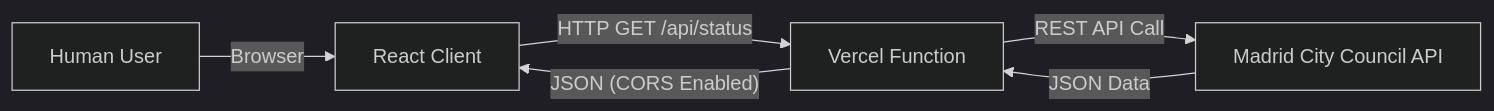
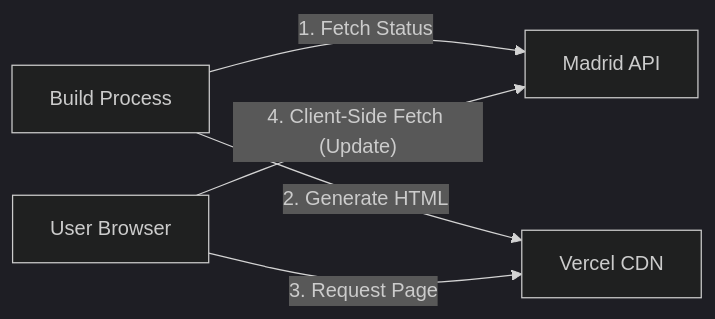
One commit to james2406/is-retiro-open changed the diagram in SDD.md. Above: the diagram before and after it, drawn with Mermaid (dark theme). The commit also changed other lines of this file and 17 other files, not shown here.

````diff
--- a/SDD.md
+++ b/SDD.md
@@ -23,8 +28,7 @@
 ```mermaid
 graph LR
-    User[Human User] -- Browser --> Client[React Client]
-    Client -- HTTP GET /api/status --> Proxy[Vercel Function]
-    Proxy -- REST API Call --> API[Madrid City Council API]
-    API -- JSON Data --> Proxy
-    Proxy -- JSON (CORS Enabled) --> Client
+    Build[Build Process] -- 1. Fetch Status --> API[Madrid API]
+    Build -- 2. Generate HTML --> Vercel[Vercel CDN]
+    User[User Browser] -- 3. Request Page --> Vercel
+    User -- 4. Client-Side Fetch (Update) --> API
 ```
````
